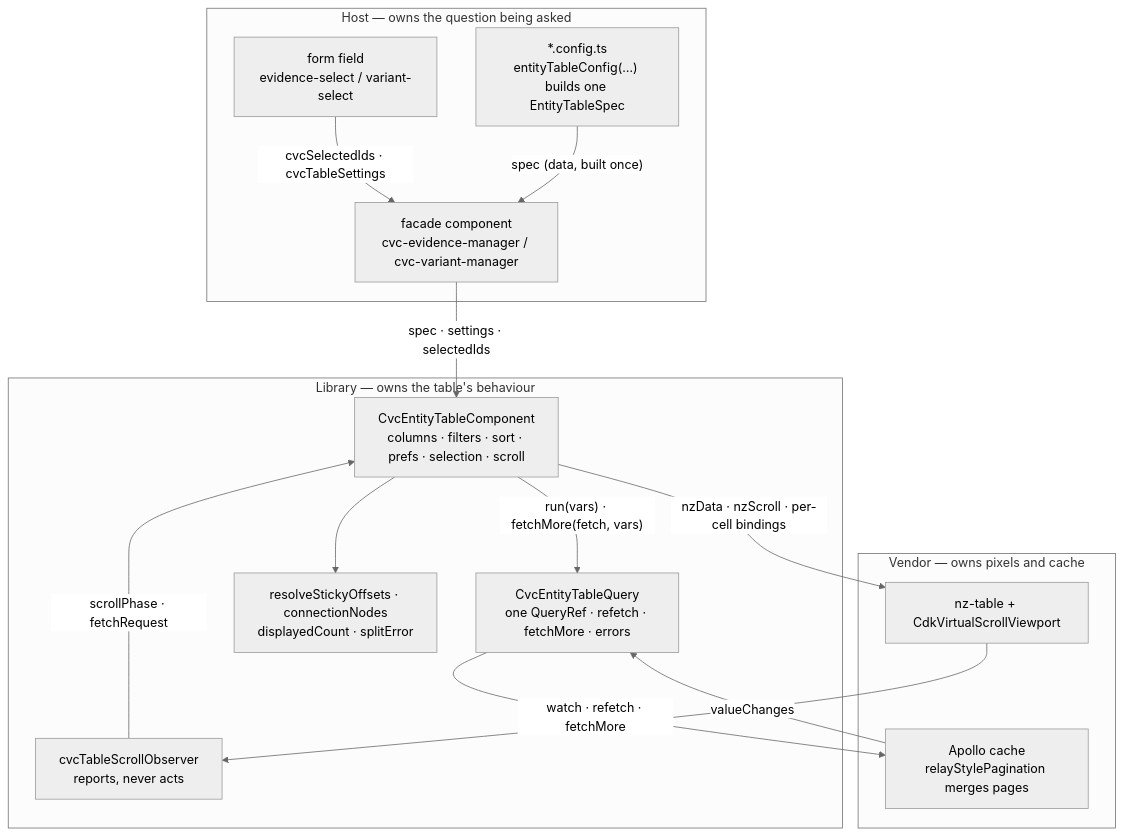
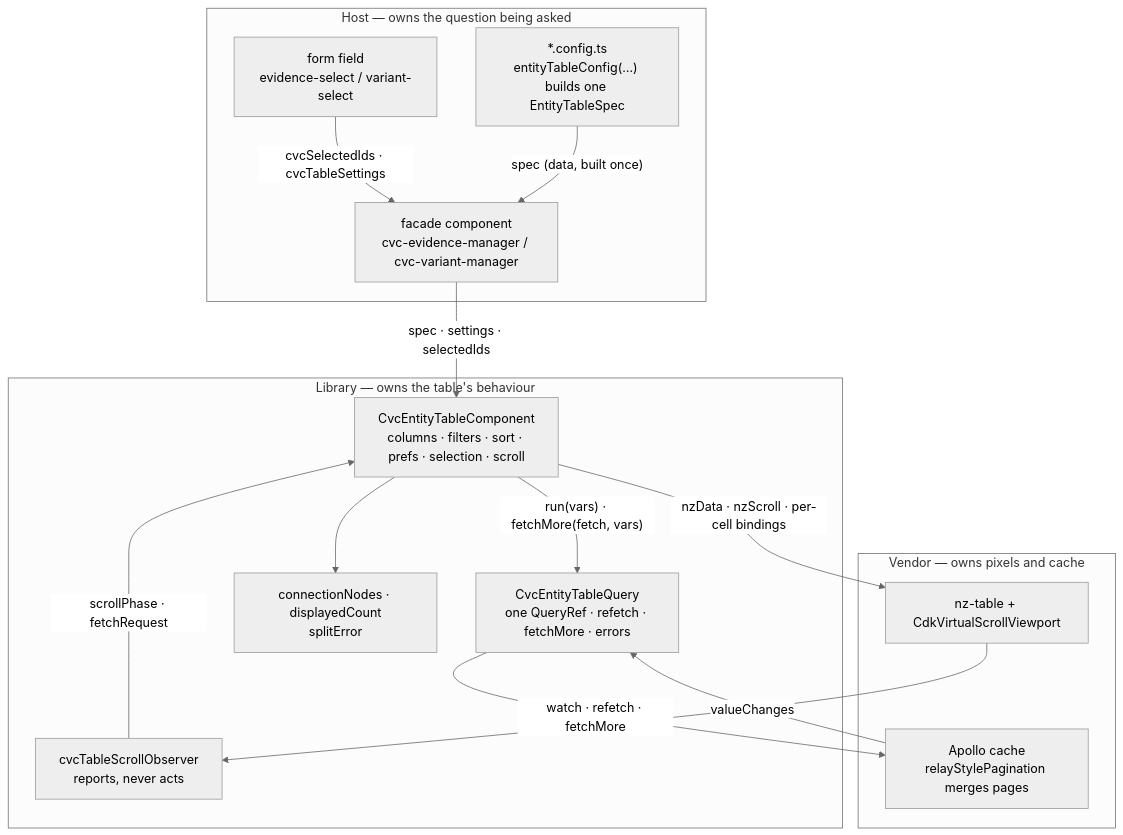
One commit to jmcmichael/civic-v2-dev changed the first of 10 diagrams in client/src/app/tables/docs/01-architecture.md. Above: the diagram before and after it, drawn with Mermaid (neutral theme). The commit also changed other lines of this file and 2 other files, not shown here.

````diff
--- a/client/src/app/tables/docs/01-architecture.md
+++ b/client/src/app/tables/docs/01-architecture.md
@@ -75,29 +73,29 @@
 ```mermaid
 flowchart TB
   subgraph hostLayer["Host — owns the question being asked"]
     field["form field<br/>evidence-select / variant-select"]
     facade["facade component<br/>cvc-evidence-manager / cvc-variant-manager"]
     cfg["*.config.ts<br/>entityTableConfig(…) builds one EntityTableSpec"]
   end
   subgraph libLayer["Library — owns the table's behaviour"]
     comp["CvcEntityTableComponent<br/>columns · filters · sort · prefs · selection · scroll"]
     store["CvcEntityTableQuery<br/>one QueryRef · refetch · fetchMore · errors"]
-    helpers["resolveStickyOffsets · connectionNodes<br/>displayedCount · splitError"]
+    helpers["connectionNodes · displayedCount<br/>splitError"]
     dir["cvcTableScrollObserver<br/>reports, never acts"]
   end
   subgraph vendorLayer["Vendor — owns pixels and cache"]
     nz["nz-table + CdkVirtualScrollViewport"]
     apollo["Apollo cache<br/>relayStylePagination merges pages"]
   end
 
   field -- "cvcSelectedIds · cvcTableSettings" --> facade
   cfg -- "spec (data, built once)" --> facade
   facade -- "spec · settings · selectedIds" --> comp
   comp --> helpers
   comp -- "run(vars) · fetchMore(fetch, vars)" --> store
   comp -- "nzData · nzScroll · per-cell bindings" --> nz
   nz --> dir
   dir -- "scrollPhase · fetchRequest" --> comp
   store -- "watch · refetch · fetchMore" --> apollo
   apollo -- "valueChanges" --> store
 ```
````
